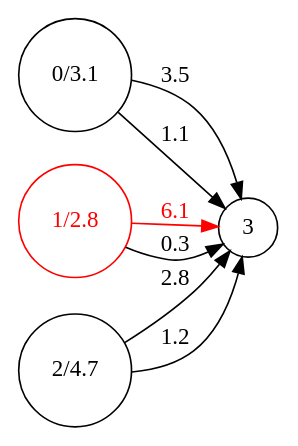
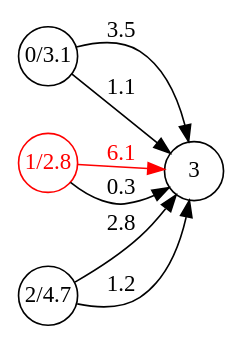
The diagram in notebooks/figures/viterbi_recursion.dot (awni/automata_ml), drawn with Graphviz before and after one commit. The commit also changed 32 other files, not shown here.

```diff
--- a/notebooks/figures/viterbi_recursion.dot
+++ b/notebooks/figures/viterbi_recursion.dot
@@ -1,18 +1,18 @@
 digraph FST {
   margin = 0;
   rankdir = LR;
   label = "";
   center = 1;
   ranksep = "0.4";
   nodesep = "0.25";
-  0 [label = "0/3.1", shape = circle, penwidth = 1.0, fontsize = 14];
+  0 [label = "0/3.1", shape = circle, penwidth = 1.0, fontsize = 14, height = 0.5, fixedsize = true];
   0 -> 3 [label = "3.5", fontsize = 14];
   0 -> 3 [label = "1.1", fontsize = 14];
-  1 [label = "1/2.8", shape = circle, penwidth = 1.0, fontsize = 14, color=red, fontcolor=red];
+  1 [label = "1/2.8", shape = circle, penwidth = 1.0, fontsize = 14, color=red, fontcolor=red, height = 0.5, fixedsize = true];
   1 -> 3 [label = "6.1", fontsize = 14, color=red, fontcolor=red];
   1 -> 3 [label = "0.3", fontsize = 14];
-  2 [label = "2/4.7", shape = circle, penwidth = 1.0, fontsize = 14];
+  2 [label = "2/4.7", shape = circle, penwidth = 1.0, fontsize = 14, height = 0.5, fixedsize = true];
   2 -> 3 [label = "2.8", fontsize = 14];
   2 -> 3 [label = "1.2", fontsize = 14];
   3 [label = "3", shape = circle, penwidth = 1.0, fontsize = 14];
 }
```
